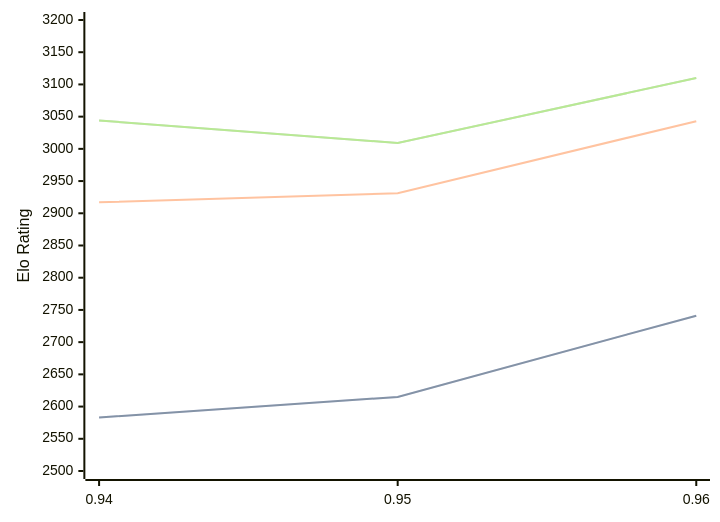
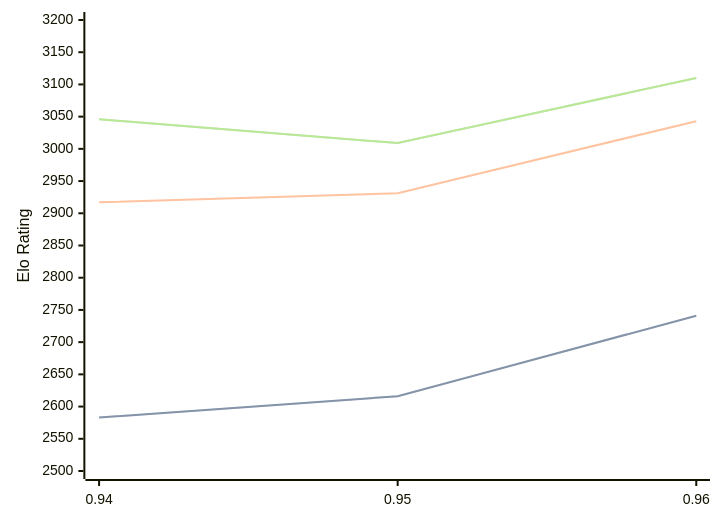
Before and after one commit to computer-chess-index/cci: the diagram in engines/Myrddin.md, drawn with Mermaid. The commit also changed other lines of this file, not shown here.

Commit message:
Update CCI Ratings (ELO VLTC) - 2026-07-19

````diff
--- a/engines/Myrddin.md
+++ b/engines/Myrddin.md
@@ -38,11 +38,11 @@
 ```mermaid
 %%{init: {"theme":"base","themeVariables":{"seriesColors:['#a3a3a3','#222221','#faa371']}}}%%
 xychart-beta
   x-axis ["0.94", "0.95", "0.96"]
   y-axis "Elo Rating" 2500 --> 3200
-  line "STC (8.0+0.08s)" [2583, 2615, 2741]
-  line "STC (8.0+0.08s)" [2583, 2615, 2741]
+  line "STC (8.0+0.08s)" [2583, 2616, 2741]
+  line "STC (8.0+0.08s)" [2583, 2616, 2741]
   line "LTC (60.0+0.60s)" [2917, 2931, 3043]
-  line "VLTC (2m24s+1.12s)" [3044, 3009, 3110]
-  line "VLTC (2m24s+1.12s)" [3044, 3009, 3110]
+  line "VLTC (2m24s+1.12s)" [3046, 3009, 3110]
+  line "VLTC (2m24s+1.12s)" [3046, 3009, 3110]
 ```
````
